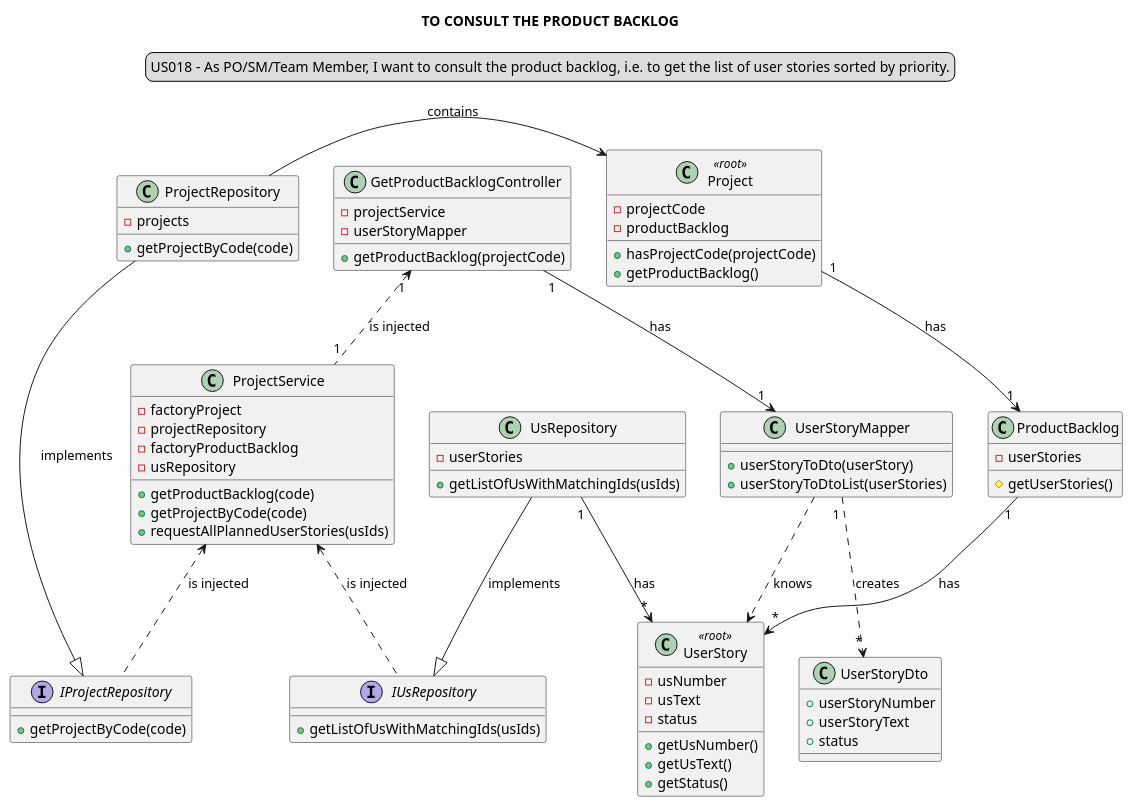
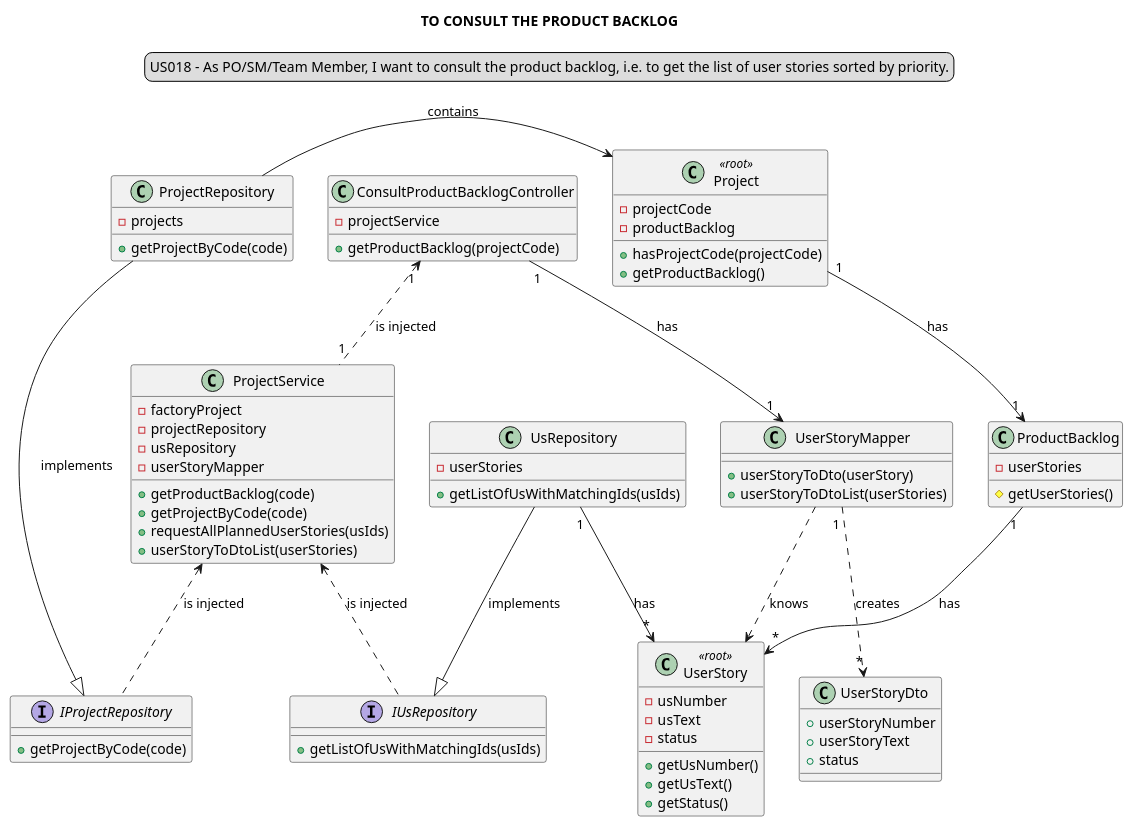
Before and after one commit to Loracline/project_switch_22-23: the diagram in docs/modelling_design/user_stories/sprint03/us018/US018_ClassDiagram_ddd.puml, drawn with PlantUML. The commit also changed 2 other files, not shown here.

Commit message:
US018: Design: Update partial and general Class Diagram (DDD and onion architecture implementation), addresses #276

```diff
--- a/docs/modelling_design/user_stories/sprint03/us018/US018_ClassDiagram_ddd.puml
+++ b/docs/modelling_design/user_stories/sprint03/us018/US018_ClassDiagram_ddd.puml
@@ -1,93 +1,93 @@
 @startuml
 'https://plantuml.com/class-diagram'
 
 title TO CONSULT THE PRODUCT BACKLOG
 skinparam sequenceMessageAlign center
 legend top
 US018 - As PO/SM/Team Member, I want to consult the product backlog, i.e. to get the list of user stories sorted by priority.
 end legend
 
-class "GetProductBacklogController" {
+class "ConsultProductBacklogController" {
 -projectService
--userStoryMapper
 +getProductBacklog(projectCode)
 }
 
 class "ProjectService"{
 -factoryProject
 -projectRepository
--factoryProductBacklog
 -usRepository
+-userStoryMapper
 +getProductBacklog(code)
 +getProjectByCode(code)
 +requestAllPlannedUserStories(usIds)
++userStoryToDtoList(userStories)
 }
 
 
 class "Project" <<root>>{
 -projectCode
 -productBacklog
 +hasProjectCode(projectCode)
 +getProductBacklog()
 }
 
 class "ProductBacklog"{
 -userStories
 #getUserStories()
 }
 
 
 
 class "UsRepository"{
 -userStories
 +getListOfUsWithMatchingIds(usIds)
 }
 
 class "UserStoryMapper"{
 +userStoryToDto(userStory)
 +userStoryToDtoList(userStories)
 }
 
 class "UserStory" <<root>>{
 -usNumber
 -usText
 -status
 +getUsNumber()
 +getUsText()
 +getStatus()
 }
 
 interface "IProjectRepository" {
 +getProjectByCode(code)
 }
 
 interface "IUsRepository" {
 +getListOfUsWithMatchingIds(usIds)
 }
 
 class ProjectRepository{
 -projects
 +getProjectByCode(code)
 }
 
 class "UserStoryDto"{
 +userStoryNumber
 +userStoryText
 +status
 }
 
-"GetProductBacklogController" "1"<.."1" "ProjectService":  is injected
+"ConsultProductBacklogController" "1"<.."1" "ProjectService":  is injected
 
 "Project" "1"-->"1" "ProductBacklog": has
 "ProductBacklog" "1"-->"*" "UserStory": has
 "ProjectRepository" -> "Project" : contains
 
 "UsRepository" "1"->"*" "UserStory": has
-"GetProductBacklogController" "1"-->"1" "UserStoryMapper" : has
+"ConsultProductBacklogController" "1"-->"1" "UserStoryMapper" : has
 "UserStoryMapper" "1 "..> "*" "UserStoryDto" : creates
 "UserStoryMapper" ..> "UserStory" : knows
 "ProjectRepository" --|> "IProjectRepository" : implements
 "ProjectService" <.. "IProjectRepository" : is injected
 "ProjectService" <.. "IUsRepository" : is injected
 "UsRepository" --|> "IUsRepository" :implements
 @enduml
```
